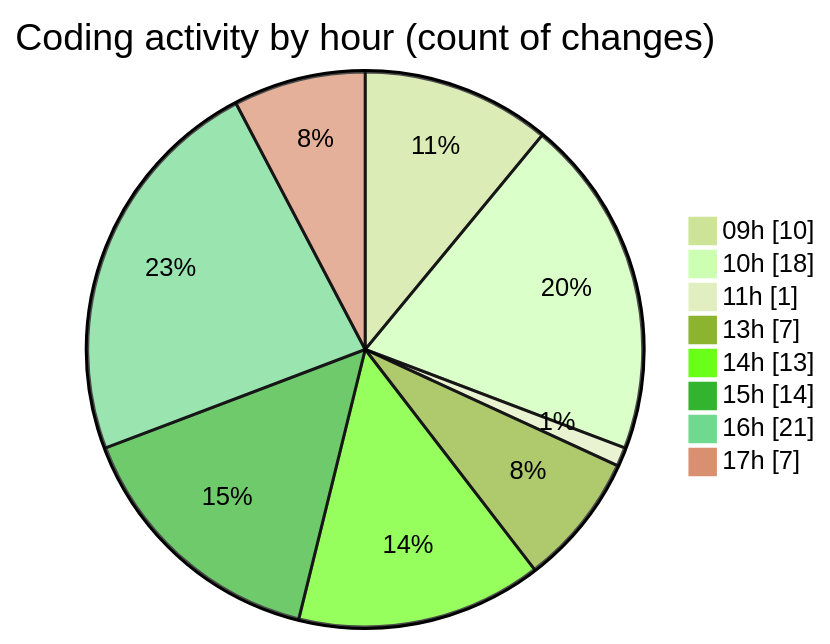
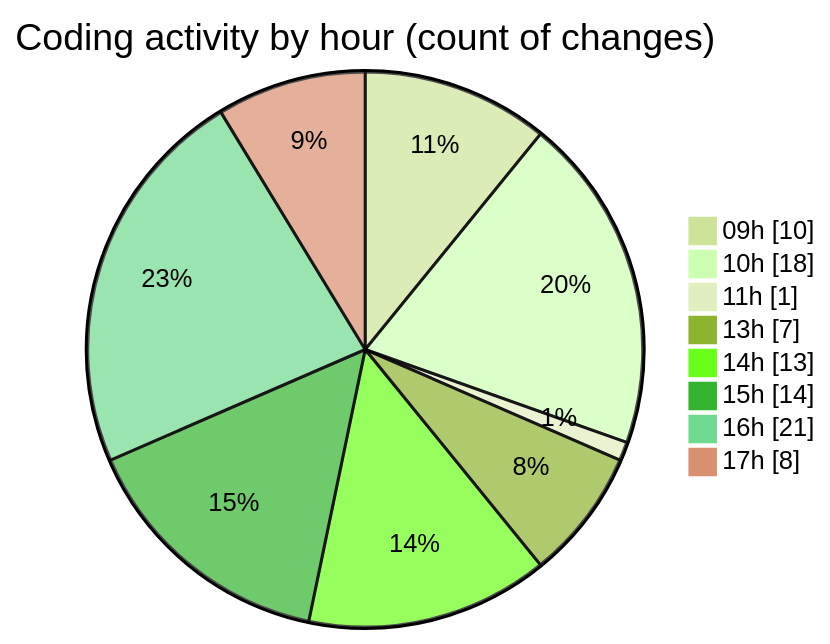
Before and after one commit to nxtqubesakshisongat/code-tracking: the second of 2 diagrams in 2026-04-06/airfeed-analytics-dashboard/README.md, drawn with Mermaid (forest theme). The commit also changed other lines of this file and 1 other file, not shown here.

````diff
--- a/2026-04-06/airfeed-analytics-dashboard/README.md
+++ b/2026-04-06/airfeed-analytics-dashboard/README.md
@@ -53,12 +53,12 @@
 ```mermaid
 pie showData
 title Coding activity by hour (count of changes)
 "09h" : 10
 "10h" : 18
 "11h" : 1
 "13h" : 7
 "14h" : 13
 "15h" : 14
 "16h" : 21
-"17h" : 7
+"17h" : 8
 ```
````
